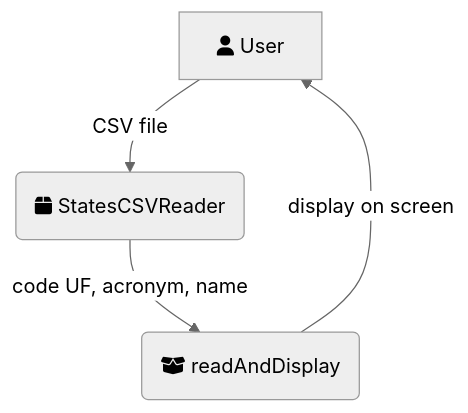
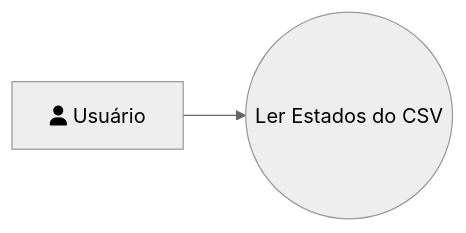
One commit to RenatoGarciaLopes/JavaIradoNoTxt changed the diagram in StatesCSVReader/states-csv-reader-use-case.uml.mermaid. Above: the diagram before and after it, drawn with Mermaid (neutral theme). The commit also changed 3 other files, not shown here.

Commit message:
feat: refactor StatesCSVReader to LeituraCSVEstados and implement CSV reading and displaying functionality

```diff
--- a/StatesCSVReader/states-csv-reader-use-case.uml.mermaid
+++ b/StatesCSVReader/states-csv-reader-use-case.uml.mermaid
@@ -1,8 +1,5 @@
-flowchart TD
-    A[fa:fa-user User]
-    B(fa:fa-box StatesCSVReader)
-    C(fa:fa-box-open readAndDisplay)
+flowchart LR
+    A[fa:fa-user Usuário]
+    B((Ler Estados do CSV))
 
-    A -->| CSV file | B
-    B -->| code UF, acronym, name | C
-    C -->| display on screen | A
+    A --> B
```
